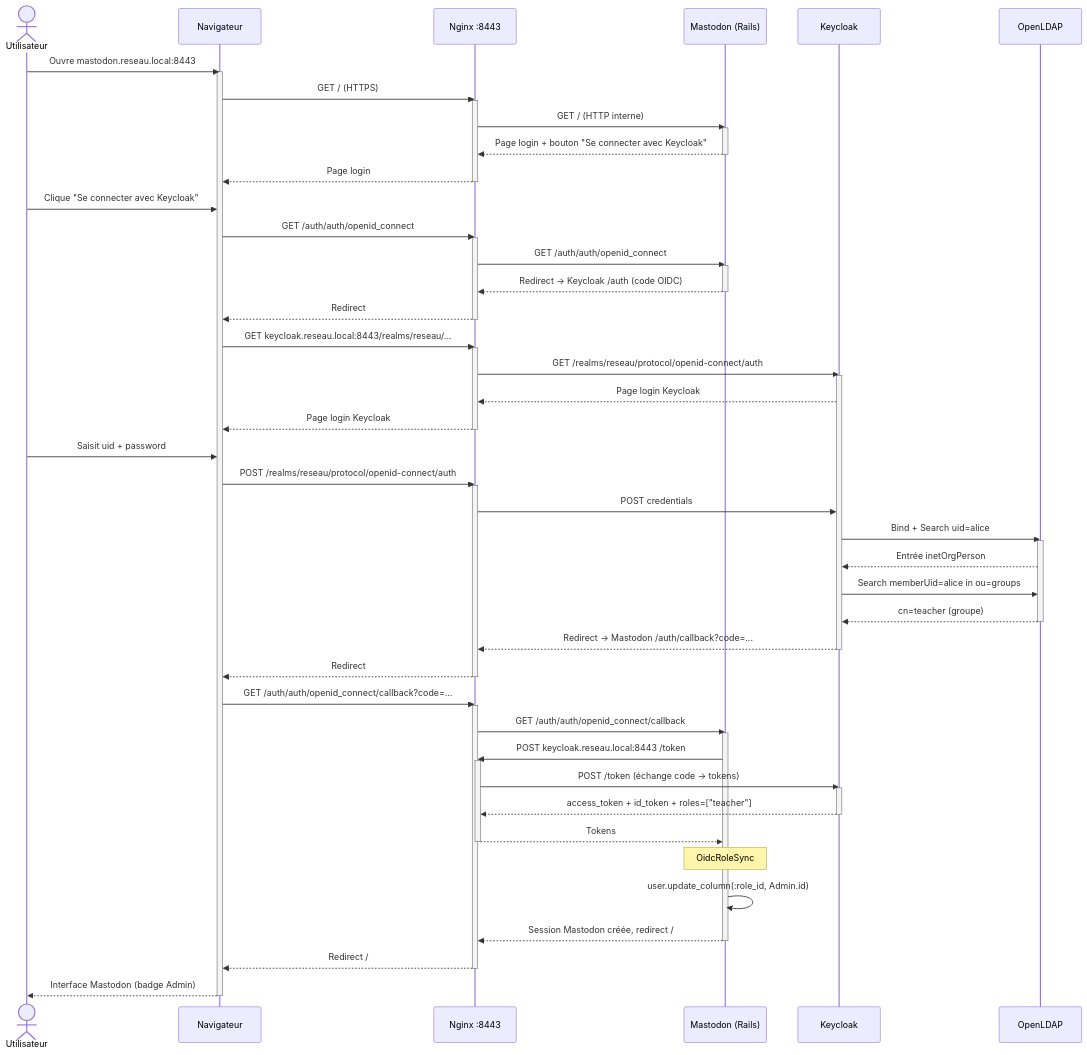
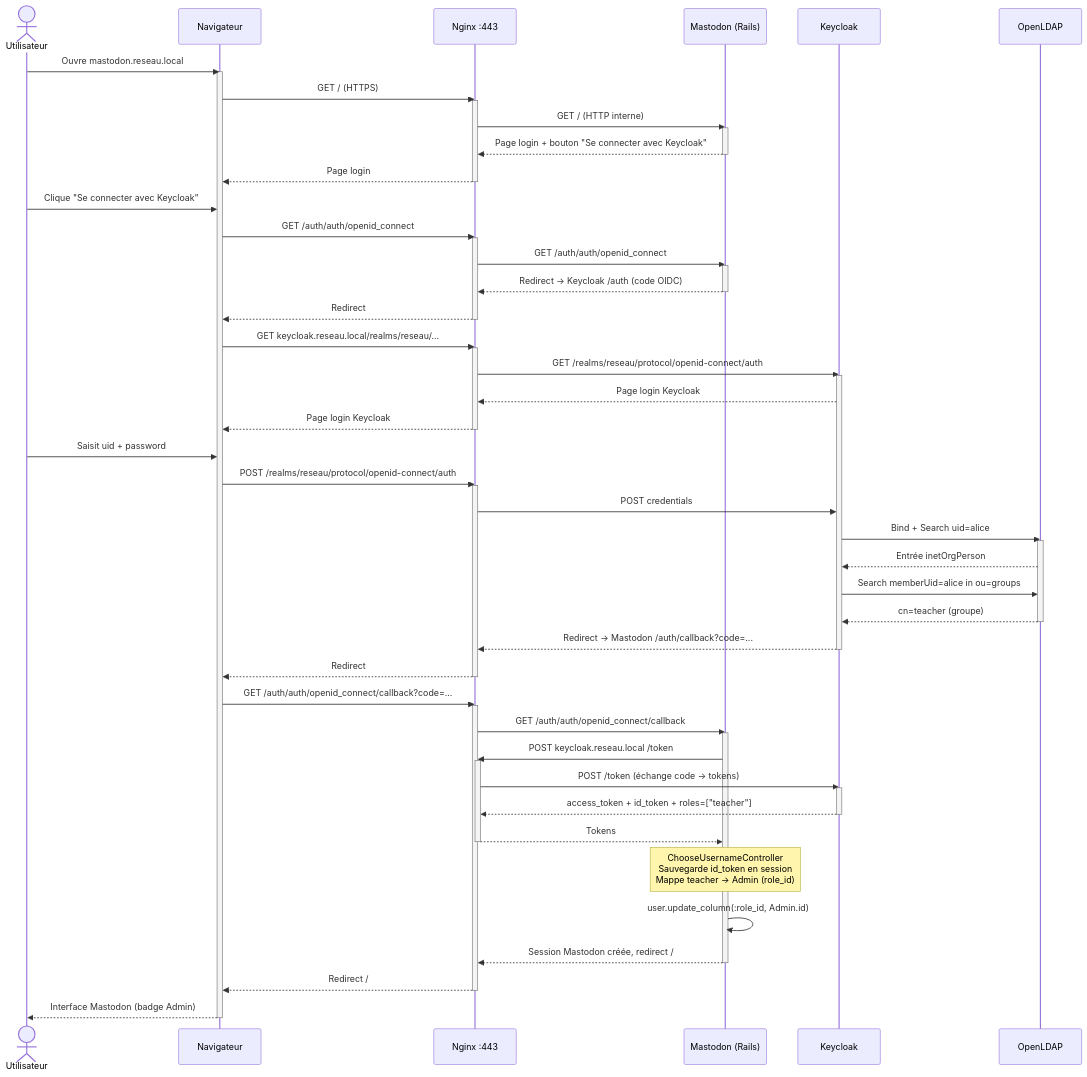
The diagram in diagrams/03-sequence-connexion.md (lucmon-masi/projet-reseau), drawn with Mermaid before and after one commit. The commit also changed 21 other files, not shown here.

````diff
--- a/diagrams/03-sequence-connexion.md
+++ b/diagrams/03-sequence-connexion.md
@@ -1,75 +1,75 @@
 ```mermaid
 sequenceDiagram
     actor User as Utilisateur
     participant Browser as Navigateur
-    participant Nginx as Nginx :8443
+    participant Nginx as Nginx :443
     participant Mastodon as Mastodon (Rails)
     participant Keycloak as Keycloak
     participant LDAP as OpenLDAP
 
-    User->>Browser: Ouvre mastodon.reseau.local:8443
+    User->>Browser: Ouvre mastodon.reseau.local
     activate Browser
     Browser->>Nginx: GET / (HTTPS)
     activate Nginx
     Nginx->>Mastodon: GET / (HTTP interne)
     activate Mastodon
     Mastodon-->>Nginx: Page login + bouton "Se connecter avec Keycloak"
     deactivate Mastodon
     Nginx-->>Browser: Page login
     deactivate Nginx
 
     User->>Browser: Clique "Se connecter avec Keycloak"
     Browser->>Nginx: GET /auth/auth/openid_connect
     activate Nginx
     Nginx->>Mastodon: GET /auth/auth/openid_connect
     activate Mastodon
     Mastodon-->>Nginx: Redirect → Keycloak /auth (code OIDC)
     deactivate Mastodon
     Nginx-->>Browser: Redirect
     deactivate Nginx
 
-    Browser->>Nginx: GET keycloak.reseau.local:8443/realms/reseau/...
+    Browser->>Nginx: GET keycloak.reseau.local/realms/reseau/...
     activate Nginx
     Nginx->>Keycloak: GET /realms/reseau/protocol/openid-connect/auth
     activate Keycloak
     Keycloak-->>Nginx: Page login Keycloak
     Nginx-->>Browser: Page login Keycloak
     deactivate Nginx
 
     User->>Browser: Saisit uid + password
     Browser->>Nginx: POST /realms/reseau/protocol/openid-connect/auth
     activate Nginx
     Nginx->>Keycloak: POST credentials
     Keycloak->>LDAP: Bind + Search uid=alice
     activate LDAP
     LDAP-->>Keycloak: Entrée inetOrgPerson
     Keycloak->>LDAP: Search memberUid=alice in ou=groups
     LDAP-->>Keycloak: cn=teacher (groupe)
     deactivate LDAP
     Keycloak-->>Nginx: Redirect → Mastodon /auth/callback?code=...
     deactivate Keycloak
     Nginx-->>Browser: Redirect
     deactivate Nginx
 
     Browser->>Nginx: GET /auth/auth/openid_connect/callback?code=...
     activate Nginx
     Nginx->>Mastodon: GET /auth/auth/openid_connect/callback
     activate Mastodon
-    Mastodon->>Nginx: POST keycloak.reseau.local:8443 /token
+    Mastodon->>Nginx: POST keycloak.reseau.local /token
     activate Nginx
     Nginx->>Keycloak: POST /token (échange code → tokens)
     activate Keycloak
     Keycloak-->>Nginx: access_token + id_token + roles=["teacher"]
     deactivate Keycloak
     Nginx-->>Mastodon: Tokens
     deactivate Nginx
 
-    Note over Mastodon: OidcRoleSync#openid_connect<br/>Sauvegarde id_token en session<br/>Mappe teacher → Admin (role_id)
+    Note over Mastodon: ChooseUsernameController<br/>Sauvegarde id_token en session<br/>Mappe teacher → Admin (role_id)
     Mastodon->>Mastodon: user.update_column(:role_id, Admin.id)
     Mastodon-->>Nginx: Session Mastodon créée, redirect /
     deactivate Mastodon
     Nginx-->>Browser: Redirect /
     deactivate Nginx
     Browser-->>User: Interface Mastodon (badge Admin)
     deactivate Browser
 ```
````
